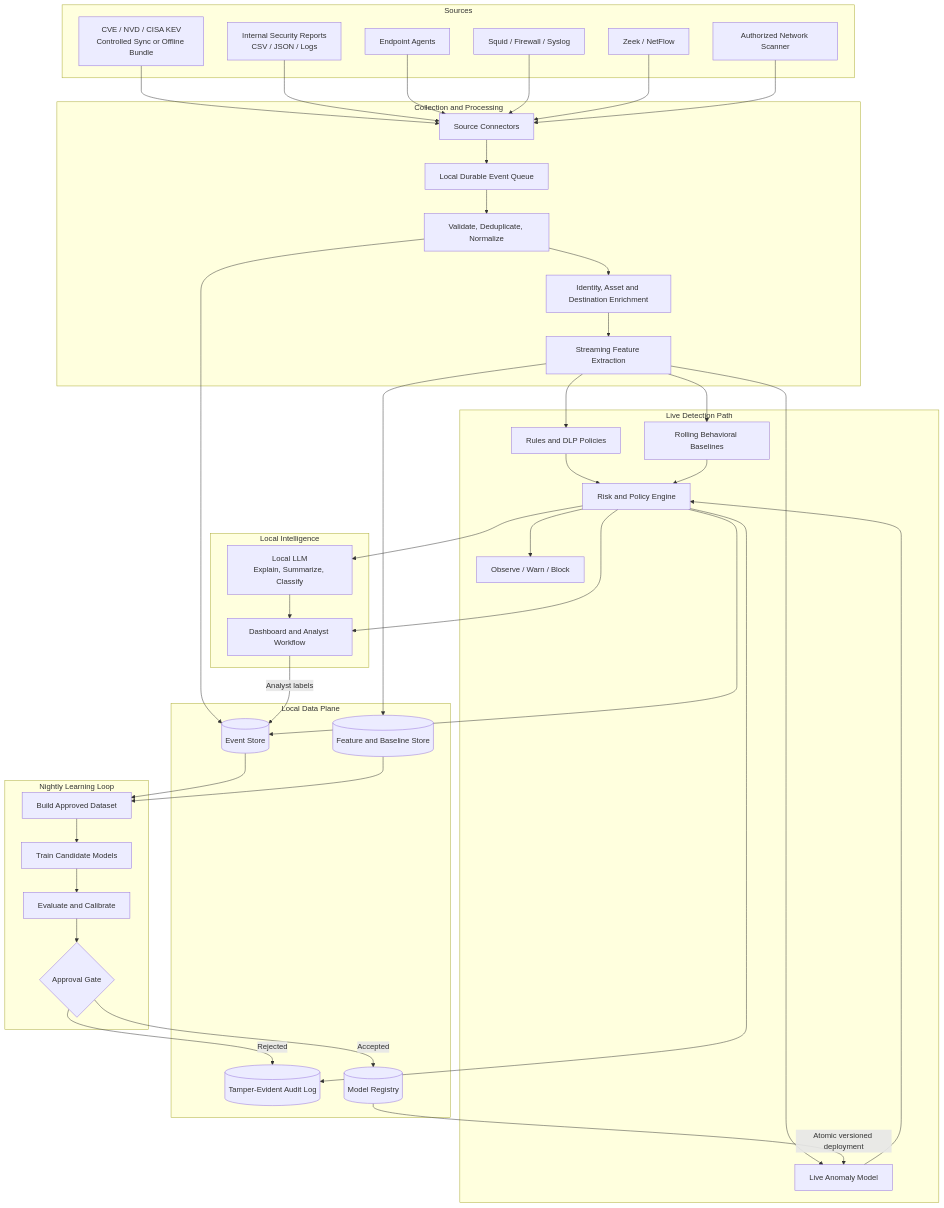
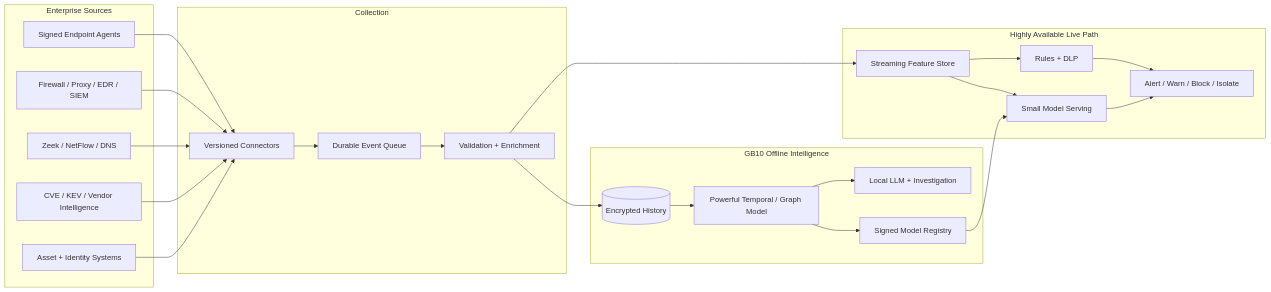
Before and after one commit to ric03uec/dell-x-nvidia-hackathon: the third of 3 diagrams in docs/exfiltration-protection-architecture.md, drawn with Mermaid. The commit also changed other lines of this file, not shown here.

Commit message:
docs: simplify architecture around hackathon MVP

````diff
--- a/docs/exfiltration-protection-architecture.md
+++ b/docs/exfiltration-protection-architecture.md
@@ -160,77 +273,45 @@
 ```mermaid
-flowchart TB
-    subgraph Sources
-        CVEFEEDS[CVE / NVD / CISA KEV\nControlled Sync or Offline Bundle]
-        REPORTS[Internal Security Reports\nCSV / JSON / Logs]
-        AGENTS[Endpoint Agents]
-        PROXY[Squid / Firewall / Syslog]
-        SENSOR[Zeek / NetFlow]
-        SCANNER[Authorized Network Scanner]
+flowchart LR
+    subgraph EnterpriseSources[Enterprise Sources]
+        AGENTS[Signed Endpoint Agents]
+        LOGS[Firewall / Proxy / EDR / SIEM]
+        NET[Zeek / NetFlow / DNS]
+        INTEL[CVE / KEV / Vendor Intelligence]
+        ASSETS[Asset + Identity Systems]
     end
 
-    subgraph Collection[Collection and Processing]
-        CONNECTORS[Source Connectors]
-        QUEUE[Local Durable Event Queue]
-        VALIDATE[Validate, Deduplicate, Normalize]
-        ENRICH[Identity, Asset and Destination Enrichment]
-        FEATURES[Streaming Feature Extraction]
+    subgraph Collection[Collection]
+        CONNECT[Versioned Connectors]
+        QUEUE[Durable Event Queue]
+        PIPE[Validation + Enrichment]
     end
 
-    subgraph Live[Live Detection Path]
-        RULES[Rules and DLP Policies]
-        BASELINE[Rolling Behavioral Baselines]
-        MODEL[Live Anomaly Model]
-        RISK[Risk and Policy Engine]
-        RESPONSE[Observe / Warn / Block]
+    subgraph LiveProduction[Highly Available Live Path]
+        FEATURE[Streaming Feature Store]
+        POLICY[Rules + DLP]
+        LIVEPROD[Small Model Serving]
+        ENFORCE[Alert / Warn / Block / Isolate]
     end
 
-    subgraph Intelligence[Local Intelligence]
-        LLM[Local LLM\nExplain, Summarize, Classify]
-        UI[Dashboard and Analyst Workflow]
+    subgraph OfflineProduction[GB10 Offline Intelligence]
+        LAKE[(Encrypted History)]
+        BIG[Powerful Temporal / Graph Model]
+        LOCAL_LLM[Local LLM + Investigation]
+        REGISTRY[Signed Model Registry]
     end
 
-    subgraph Data[Local Data Plane]
-        EVENTDB[(Event Store)]
-        FEATUREDB[(Feature and Baseline Store)]
-        AUDIT[(Tamper-Evident Audit Log)]
-        REGISTRY[(Model Registry)]
-    end
-
-    subgraph Learning[Nightly Learning Loop]
-        DATASET[Build Approved Dataset]
-        TRAIN[Train Candidate Models]
-        EVAL[Evaluate and Calibrate]
-        APPROVE{Approval Gate}
-    end
-
-    CVEFEEDS --> CONNECTORS
-    REPORTS --> CONNECTORS
-    AGENTS --> CONNECTORS
-    PROXY --> CONNECTORS
-    SENSOR --> CONNECTORS
-    SCANNER --> CONNECTORS
-    CONNECTORS --> QUEUE --> VALIDATE --> ENRICH --> FEATURES
-
-    FEATURES --> RULES
-    FEATURES --> BASELINE
-    FEATURES --> MODEL
-    RULES --> RISK
-    BASELINE --> RISK
-    MODEL --> RISK
-    RISK --> RESPONSE
-    RISK --> EVENTDB
-    RISK --> AUDIT
-    RISK --> LLM --> UI
-    RISK --> UI
-
-    FEATURES --> FEATUREDB
-    VALIDATE --> EVENTDB
-    UI -->|Analyst labels| EVENTDB
-
-    EVENTDB --> DATASET
-    FEATUREDB --> DATASET
-    DATASET --> TRAIN --> EVAL --> APPROVE
-    APPROVE -->|Accepted| REGISTRY
-    REGISTRY -->|Atomic versioned deployment| MODEL
-    APPROVE -->|Rejected| AUDIT
+    AGENTS --> CONNECT
+    LOGS --> CONNECT
+    NET --> CONNECT
+    INTEL --> CONNECT
+    ASSETS --> CONNECT
+    CONNECT --> QUEUE --> PIPE --> FEATURE
+    FEATURE --> POLICY
+    FEATURE --> LIVEPROD
+    POLICY --> ENFORCE
+    LIVEPROD --> ENFORCE
+    PIPE --> LAKE
+    LAKE --> BIG
+    BIG --> LOCAL_LLM
+    BIG --> REGISTRY --> LIVEPROD
 ```
````
